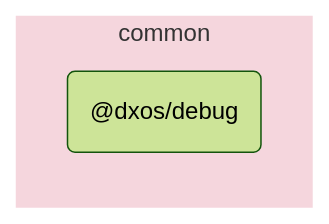
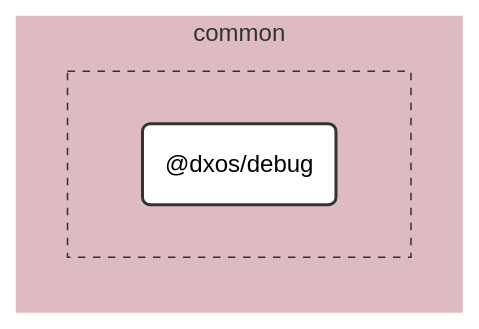
Before and after one commit to dxos/dxos: the diagram in packages/common/debug/docs/README.md, drawn with Mermaid (forest theme). The commit also changed other lines of this file and 109 other files, not shown here.

````diff
--- a/packages/common/debug/docs/README.md
+++ b/packages/common/debug/docs/README.md
@@ -5,9 +7,30 @@
 ```mermaid
-flowchart LR;
+%%{ init: {'flowchart':{'curve':'basis'}} }%%
 
+flowchart LR
+
+%% Links
+
+%% Sections
 subgraph common
-  style common fill:#f5d6dd,stroke:#fff;
-  dxos/debug("@dxos/debug");
+  style common fill:#debac2,stroke:#fff;
+
+
+  subgraph common-excluded [ ]
+    style common-excluded fill:#debac2,stroke:#333,stroke-dasharray:5 5;
+
+    dxos/debug("@dxos/debug")
+  end
 end
 
+
+%% Hyperlinks
+
+%% Styles
+classDef rootNode fill:#fff,stroke:#333,stroke-width:2px
+classDef defaultNode fill:#fff,stroke:#333,stroke-width:1px
+linkStyle default stroke:#333,stroke-width:1px
+
+dxos/debug:::rootNode
+
 ```
````
